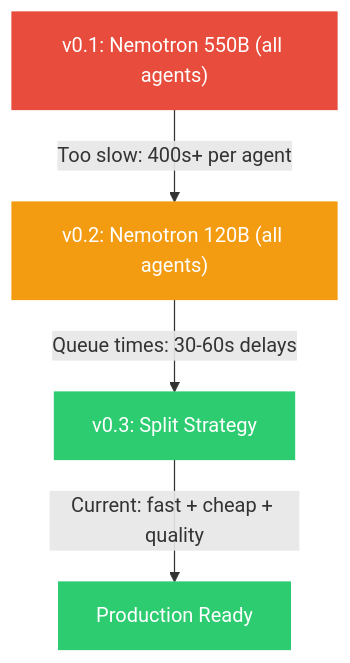
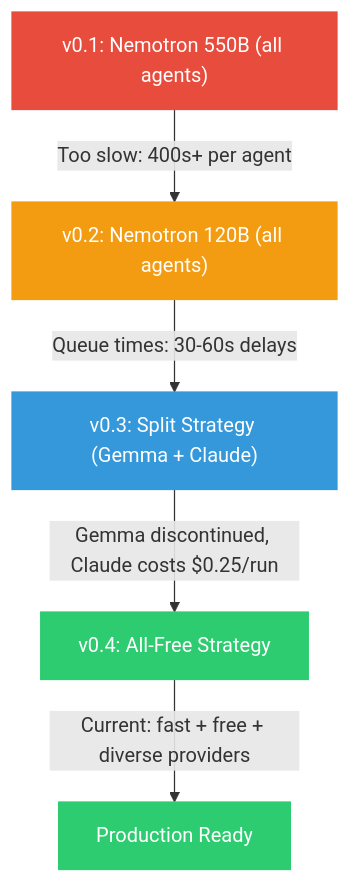
Before and after one commit to laknanitish2110-sudo/ai-software-company: the diagram in vault/06 - Decisions/Model Selection History.md, drawn with Mermaid. The commit also changed other lines of this file and 1 other file, not shown here.

First line of the commit message:
docs: update Obsidian vault with Phase 4 all-free model strategy

````diff
--- a/vault/06 - Decisions/Model Selection History.md
+++ b/vault/06 - Decisions/Model Selection History.md
@@ -7,11 +7,13 @@
 ```mermaid
 graph TD
     V1["v0.1: Nemotron 550B (all agents)"] -->|"Too slow: 400s+ per agent"| V2
     V2["v0.2: Nemotron 120B (all agents)"] -->|"Queue times: 30-60s delays"| V3
-    V3["v0.3: Split Strategy"] -->|"Current: fast + cheap + quality"| DONE["Production Ready"]
+    V3["v0.3: Split Strategy (Gemma + Claude)"] -->|"Gemma discontinued, Claude costs $0.25/run"| V4
+    V4["v0.4: All-Free Strategy"] -->|"Current: fast + free + diverse providers"| DONE["Production Ready"]
 
     style V1 fill:#e74c3c,stroke:#e74c3c,color:#fff
     style V2 fill:#f39c12,stroke:#f39c12,color:#fff
-    style V3 fill:#2ecc71,stroke:#2ecc71,color:#fff
+    style V3 fill:#3498db,stroke:#3498db,color:#fff
+    style V4 fill:#2ecc71,stroke:#2ecc71,color:#fff
     style DONE fill:#2ecc71,stroke:#2ecc71,color:#fff
 ```
````
